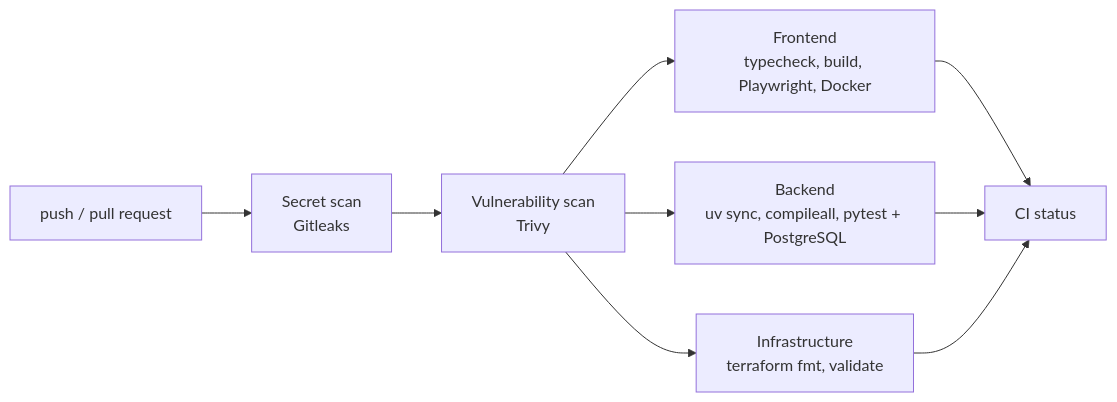
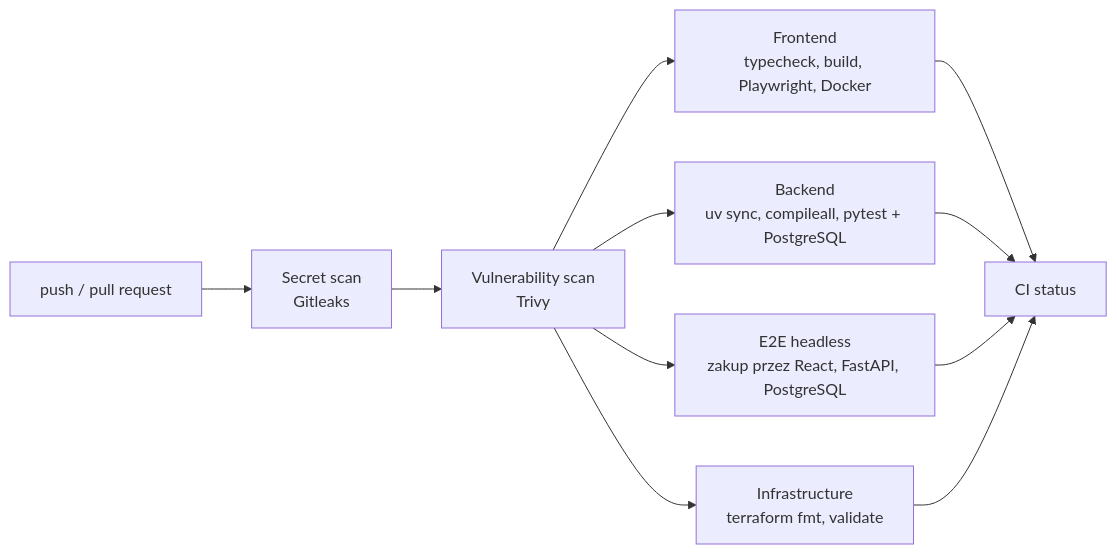
The diagram in docs/ci.md (paulatrzcinska/ProjektZespolowy_NAZWA_GRUPY), drawn with Mermaid before and after one commit. The commit also changed other lines of this file and 9 other files, not shown here.

````diff
--- a/docs/ci.md
+++ b/docs/ci.md
@@ -9,11 +9,13 @@
 ```mermaid
 flowchart LR
     P[push / pull request] --> S[Secret scan<br/>Gitleaks]
     S --> V[Vulnerability scan<br/>Trivy]
     V --> F[Frontend<br/>typecheck, build, Playwright, Docker]
     V --> B[Backend<br/>uv sync, compileall, pytest + PostgreSQL]
+    V --> E[E2E headless<br/>zakup przez React, FastAPI, PostgreSQL]
     V --> I[Infrastructure<br/>terraform fmt, validate]
     F --> G[CI status]
     B --> G
+    E --> G
     I --> G
 ```
````
